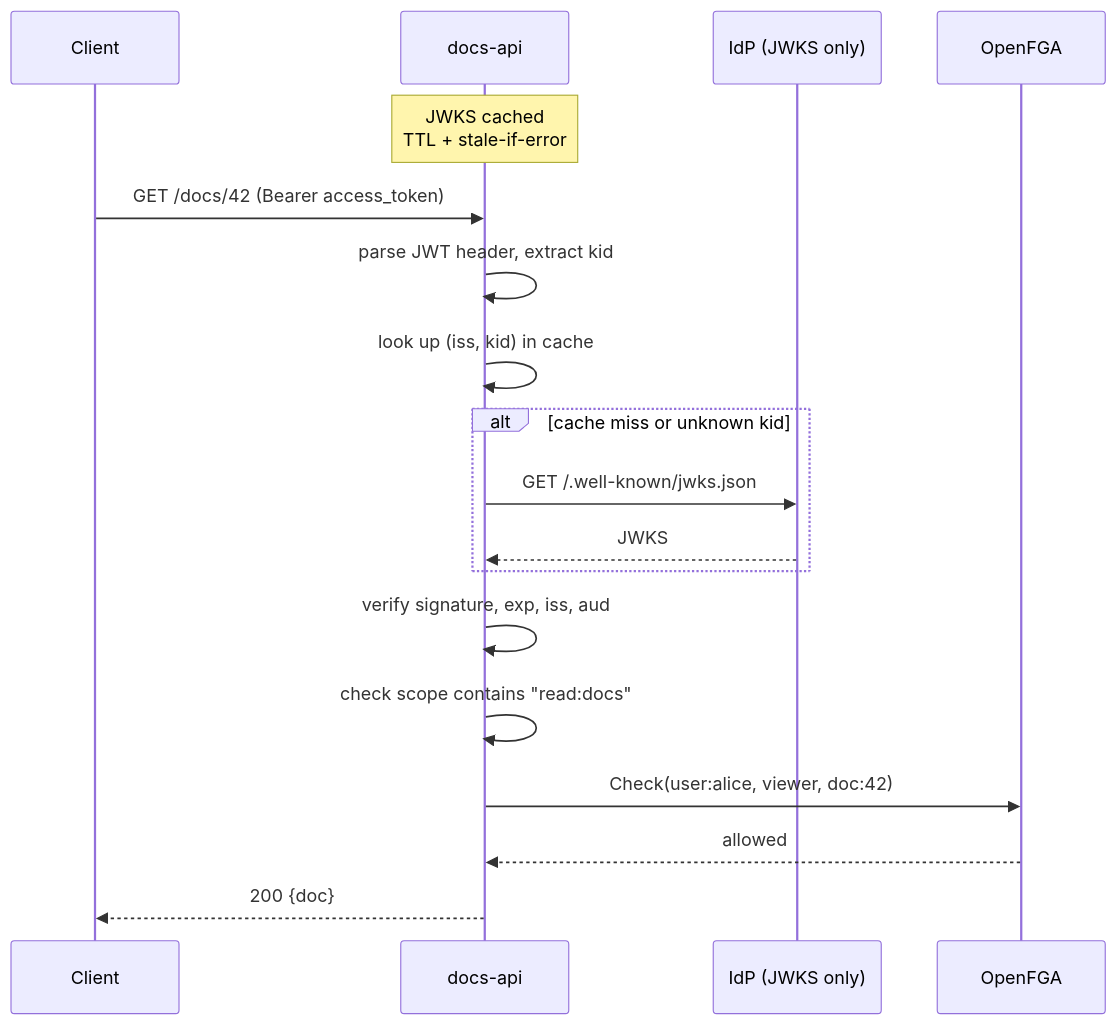
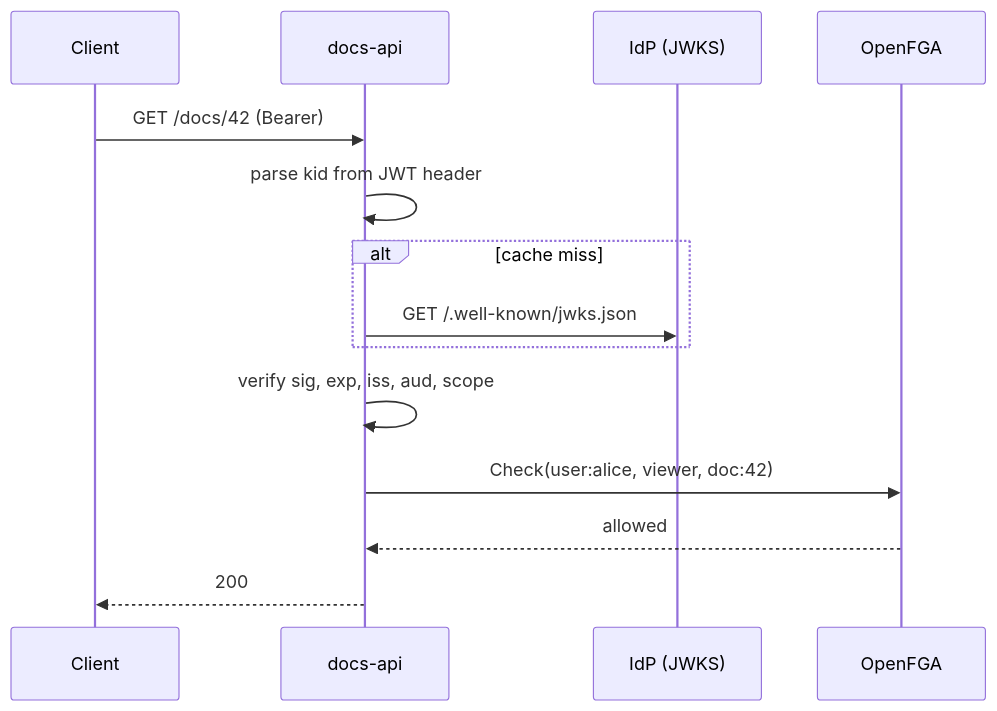
The fifth of 5 diagrams in README.md (mhockenbury/identity-provider), drawn with Mermaid before and after one commit. The commit also changed other lines of this file and 3 other files, not shown here.

First line of the commit message:
docs: trim README + architecture; fix React version drift

````diff
--- a/README.md
+++ b/README.md
@@ -298,22 +247,17 @@
 ```mermaid
 sequenceDiagram
     participant C as Client
     participant A as docs-api
-    participant I as IdP (JWKS only)
+    participant I as IdP (JWKS)
     participant F as OpenFGA
 
-    Note over A: JWKS cached<br/>TTL + stale-if-error
-
-    C->>A: GET /docs/42 (Bearer access_token)
-    A->>A: parse JWT header, extract kid
-    A->>A: look up (iss, kid) in cache
-    alt cache miss or unknown kid
+    C->>A: GET /docs/42 (Bearer)
+    A->>A: parse kid from JWT header
+    alt cache miss
         A->>I: GET /.well-known/jwks.json
-        I-->>A: JWKS
     end
-    A->>A: verify signature, exp, iss, aud
-    A->>A: check scope contains "read:docs"
+    A->>A: verify sig, exp, iss, aud, scope
     A->>F: Check(user:alice, viewer, doc:42)
     F-->>A: allowed
-    A-->>C: 200 {doc}
+    A-->>C: 200
 ```
````
